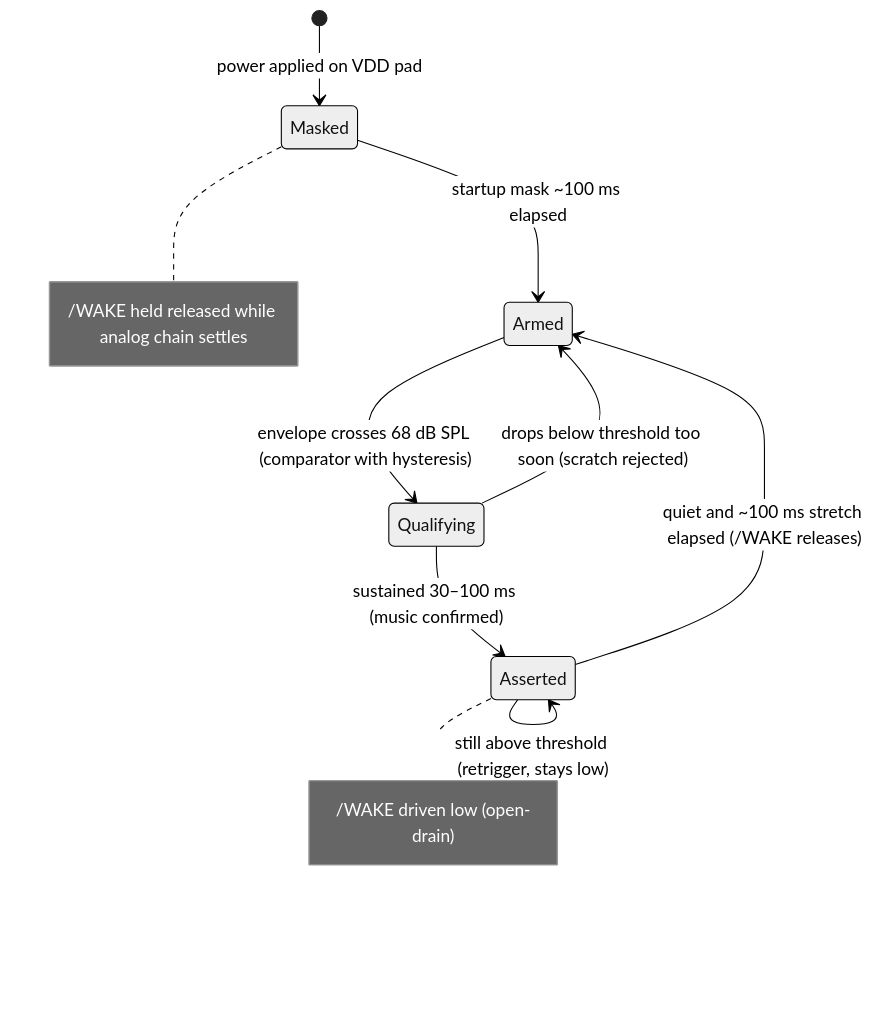
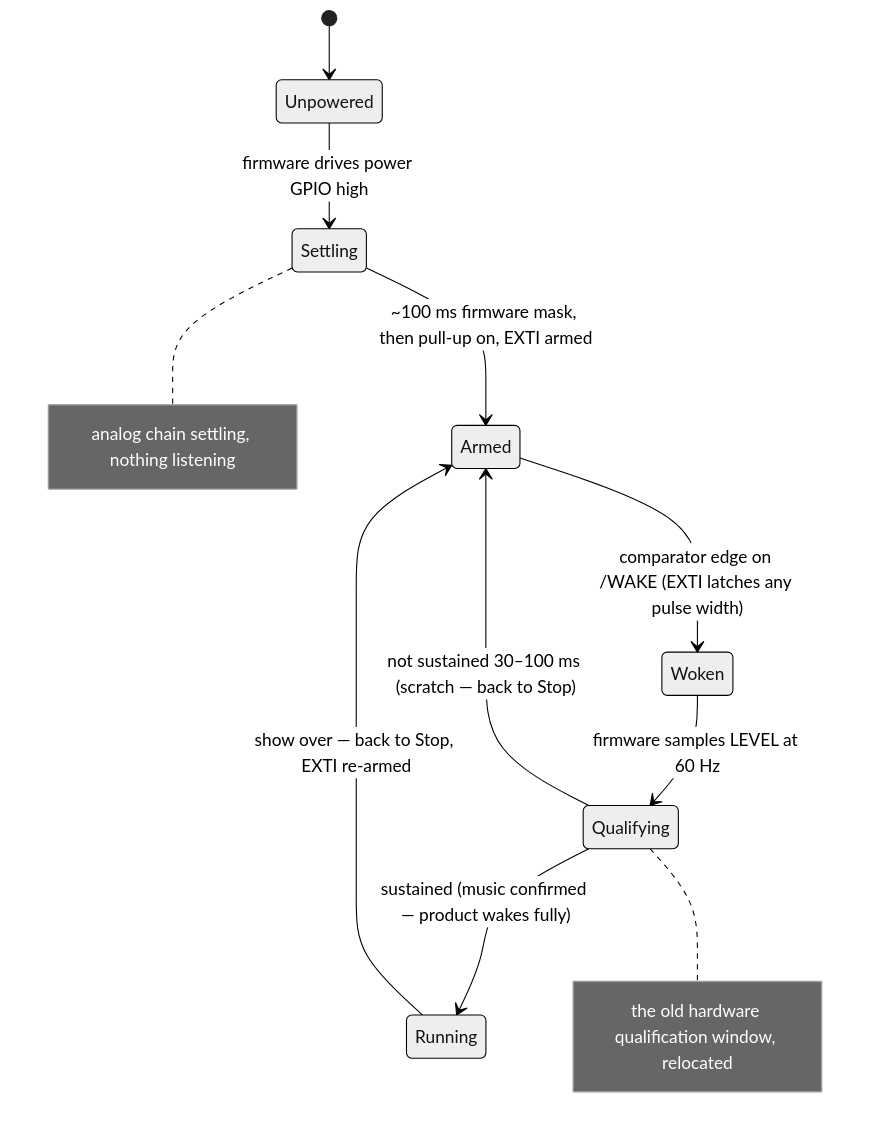
Before and after one commit to zackees/soundwake: the sixth of 6 diagrams in README.md, drawn with Mermaid (neutral theme). The commit also changed other lines of this file, not shown here.

Commit message:
docs: apply cost-down pass, drop temp comp and timing hardware (#8)

````diff
--- a/README.md
+++ b/README.md
@@ -160,12 +152,13 @@
 ```mermaid
 stateDiagram-v2
-    [*] --> Masked : power applied on VDD pad
-    Masked --> Armed : startup mask ~100 ms elapsed
-    Armed --> Qualifying : envelope crosses 68 dB SPL (comparator with hysteresis)
-    Qualifying --> Armed : drops below threshold too soon (scratch rejected)
-    Qualifying --> Asserted : sustained 30–100 ms (music confirmed)
-    Asserted --> Asserted : still above threshold (retrigger, stays low)
-    Asserted --> Armed : quiet and ~100 ms stretch elapsed (/WAKE releases)
-    note right of Masked : /WAKE held released while analog chain settles
-    note right of Asserted : /WAKE driven low (open-drain)
+    [*] --> Unpowered
+    Unpowered --> Settling : firmware drives power GPIO high
+    Settling --> Armed : ~100 ms firmware mask, then pull-up on, EXTI armed
+    Armed --> Woken : comparator edge on /WAKE (EXTI latches any pulse width)
+    Woken --> Qualifying : firmware samples LEVEL at 60 Hz
+    Qualifying --> Armed : not sustained 30–100 ms (scratch — back to Stop)
+    Qualifying --> Running : sustained (music confirmed — product wakes fully)
+    Running --> Armed : show over — back to Stop, EXTI re-armed
+    note right of Settling : analog chain settling, nothing listening
+    note right of Qualifying : the old hardware qualification window, relocated
 ```
````
